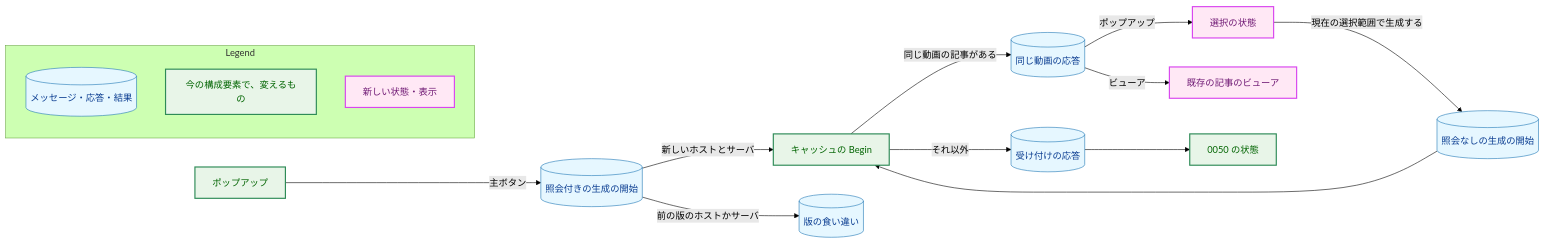
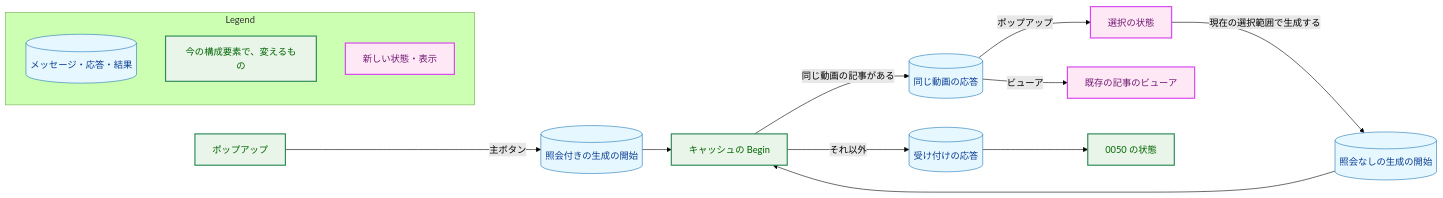
One commit to isseis/yt2column changed the first of 5 diagrams in docs/tasks/0058_same_video_article/02_architecture.md. Above: the diagram before and after it, drawn with Mermaid (forest theme). The commit also changed other lines of this file and 1 other file, not shown here.

````diff
--- a/docs/tasks/0058_same_video_article/02_architecture.md
+++ b/docs/tasks/0058_same_video_article/02_architecture.md
@@ -51,41 +42,39 @@
 ```mermaid
 flowchart LR
     classDef data fill:#e6f7ff,stroke:#1f77b4,stroke-width:1px,color:#0b3d91;
     classDef enhanced fill:#e8f5e8,stroke:#2e8b57,stroke-width:2px,color:#006400;
     classDef newpkg fill:#ffe8f5,stroke:#d946ef,stroke-width:2px,color:#701a75;
 
     POPUP["ポップアップ"]
     INQ[("照会付きの生成の開始")]
     PLAIN[("照会なしの生成の開始")]
     BEGIN["キャッシュの Begin"]
     ACC[("受け付けの応答")]
     SAME[("同じ動画の応答")]
-    MISMATCH[("版の食い違い")]
     CHOICE["選択の状態"]
     EXVIEW["既存の記事のビューア"]
     JOBSTATE["0050 の状態"]
 
     POPUP -->|"主ボタン"| INQ
-    INQ -->|"新しいホストとサーバ"| BEGIN
-    INQ -->|"前の版のホストかサーバ"| MISMATCH
+    INQ --> BEGIN
     BEGIN -->|"同じ動画の記事がある"| SAME
     BEGIN -->|"それ以外"| ACC
     SAME -->|"ポップアップ"| CHOICE
     SAME -->|"ビューア"| EXVIEW
     CHOICE -->|"現在の選択範囲で生成する"| PLAIN
     PLAIN --> BEGIN
     ACC --> JOBSTATE
 
-    class INQ,PLAIN,ACC,SAME,MISMATCH data
+    class INQ,PLAIN,ACC,SAME data
     class POPUP,BEGIN,JOBSTATE enhanced
     class CHOICE,EXVIEW newpkg
 
     subgraph Legend["Legend"]
         L1[("メッセージ・応答・結果")]
         L2["今の構成要素で、変えるもの"]
         L3["新しい状態・表示"]
     end
     class L1 data
     class L2 enhanced
     class L3 newpkg
 ```
````
